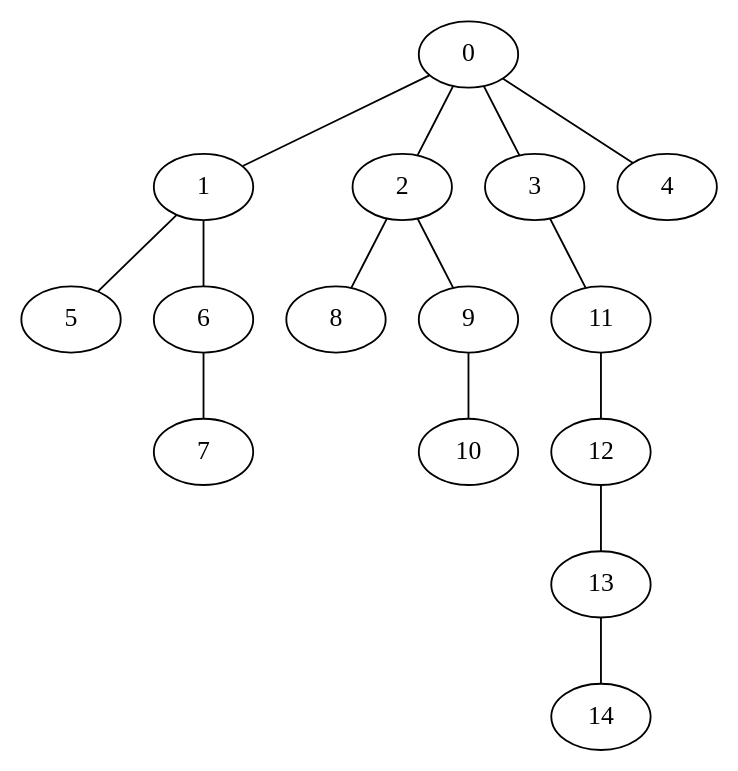
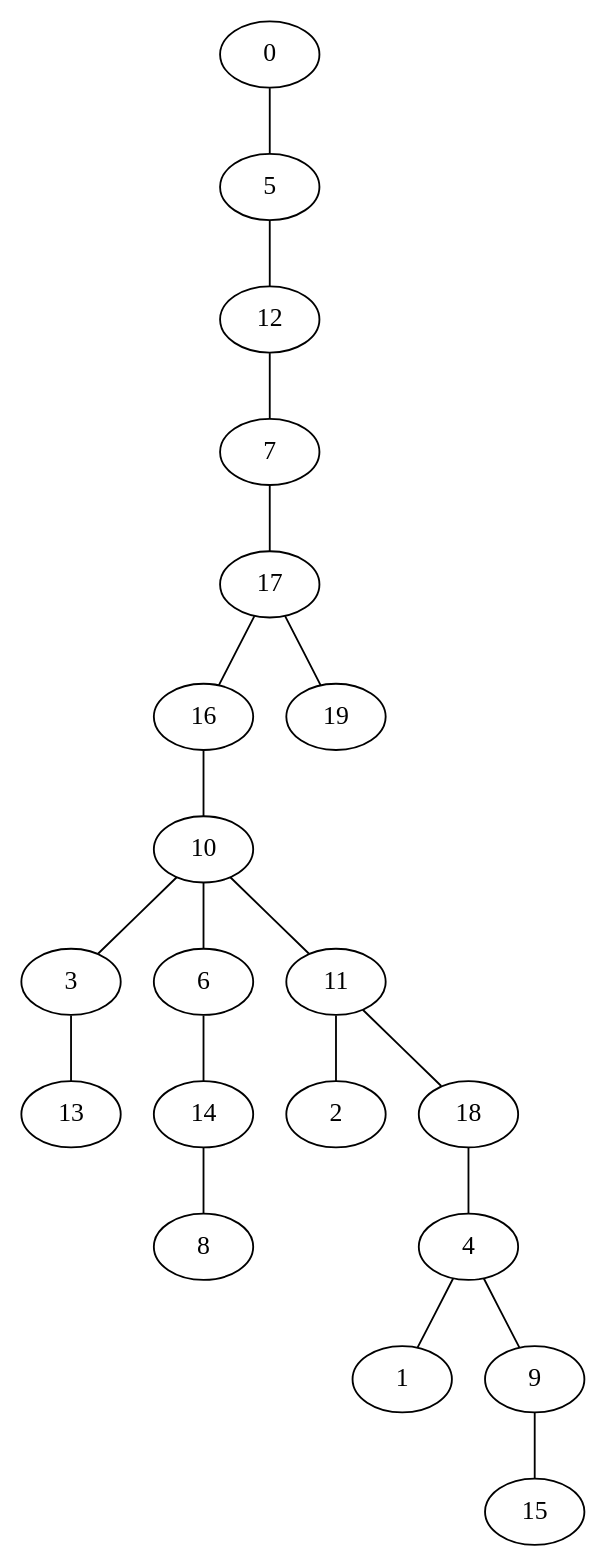
The diagram in pygrapghviz.dot (VillegasGG/greedy-firefighter-problem), drawn with Graphviz before and after one commit. The commit also changed 4 other files, not shown here.

```diff
--- a/pygrapghviz.dot
+++ b/pygrapghviz.dot
@@ -1,16 +1,21 @@
 strict graph "" {
-	0 -- 1;
-	0 -- 2;
-	0 -- 3;
-	0 -- 4;
-	1 -- 5;
-	1 -- 6;
-	2 -- 8;
-	2 -- 9;
-	3 -- 11;
-	11 -- 12;
-	12 -- 13;
-	13 -- 14;
-	9 -- 10;
-	6 -- 7;
+	0 -- 5;
+	5 -- 12;
+	12 -- 7;
+	7 -- 17;
+	17 -- 16;
+	17 -- 19;
+	16 -- 10;
+	10 -- 3;
+	10 -- 6;
+	10 -- 11;
+	3 -- 13;
+	6 -- 14;
+	11 -- 2;
+	11 -- 18;
+	18 -- 4;
+	4 -- 1;
+	4 -- 9;
+	9 -- 15;
+	14 -- 8;
 }
```
